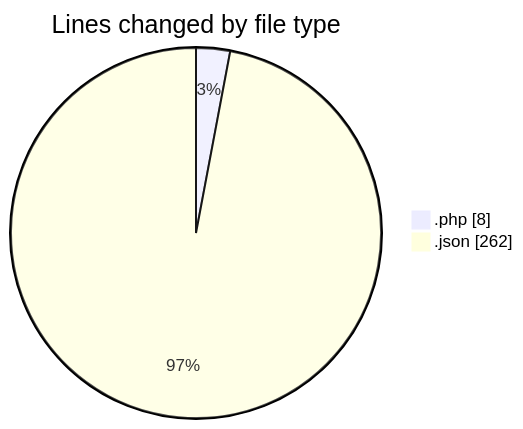
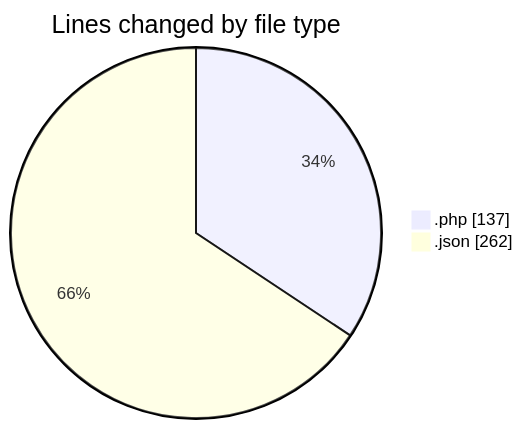
One commit to idhammustaqopulfikri/code-tracking changed the first of 2 diagrams in 2025-11-01/futsal_rekomendasi/README.md. Above: the diagram before and after it, drawn with Mermaid. The commit also changed other lines of this file and 1 other file, not shown here.

````diff
--- a/2025-11-01/futsal_rekomendasi/README.md
+++ b/2025-11-01/futsal_rekomendasi/README.md
@@ -21,6 +26,6 @@
 ```mermaid
 pie showData
 title Lines changed by file type
-".php" : 8
+".php" : 137
 ".json" : 262
 ```
````
